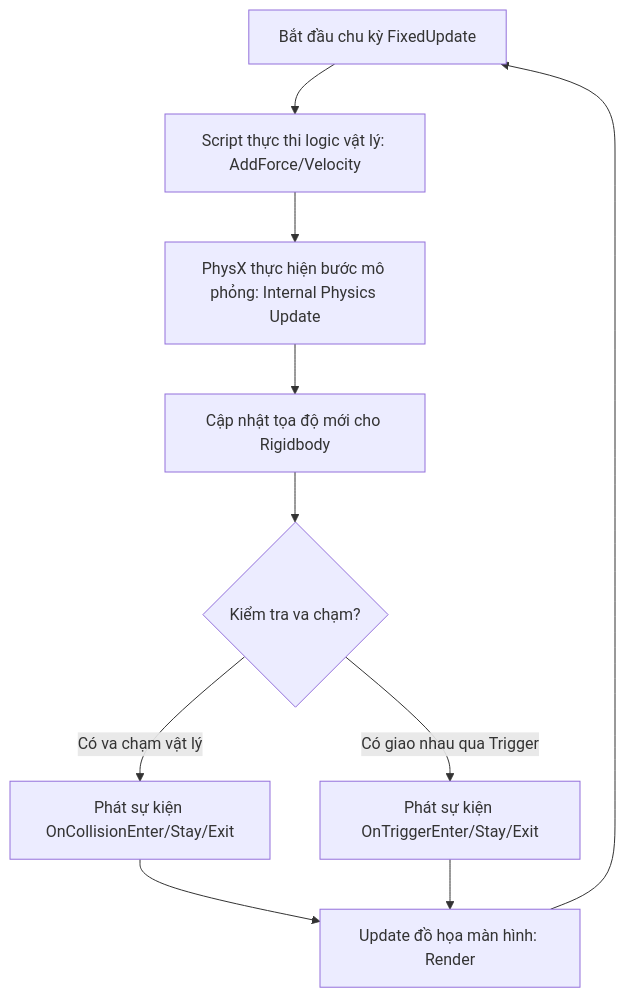
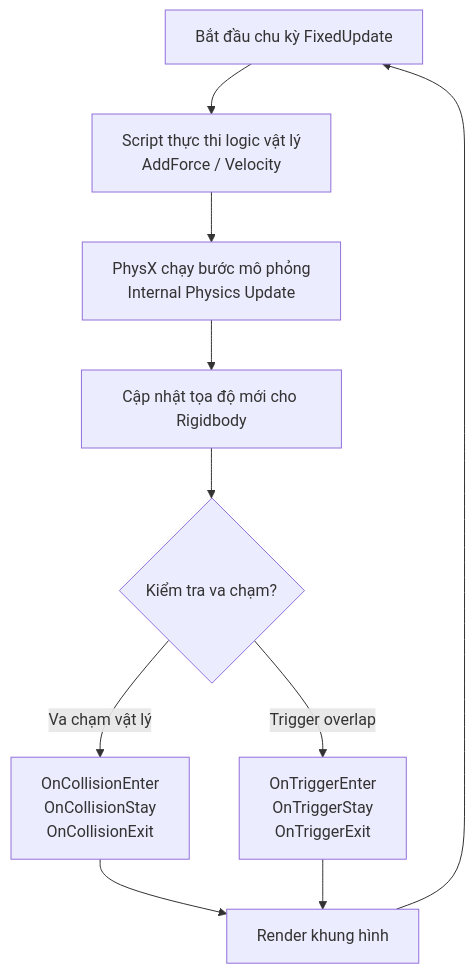
One commit to bugkodc/Road_Map_GameDev changed the diagram in Doc/03-Unity/01-Manual/14-Physics/00-physics-overview.md. Above: the diagram before and after it, drawn with Mermaid. The commit also changed 31 other files, not shown here.

Commit message:
Standardize roadmap diagrams with Mermaid

````diff
--- a/Doc/03-Unity/01-Manual/14-Physics/00-physics-overview.md
+++ b/Doc/03-Unity/01-Manual/14-Physics/00-physics-overview.md
@@ -64,14 +64,14 @@
 ```mermaid
-graph TD
-    A[Bắt đầu chu kỳ FixedUpdate] --> B[Script thực thi logic vật lý: AddForce/Velocity]
-    B --> C[PhysX thực hiện bước mô phỏng: Internal Physics Update]
-    C --> D[Cập nhật tọa độ mới cho Rigidbody]
-    D --> E{Kiểm tra va chạm?}
-    
-    E -->|Có va chạm vật lý| F[Phát sự kiện OnCollisionEnter/Stay/Exit]
-    E -->|Có giao nhau qua Trigger| G[Phát sự kiện OnTriggerEnter/Stay/Exit]
-    
-    F --> H[Update đồ họa màn hình: Render]
-    G --> H
-    H --> A
+flowchart TD
+  A["Bắt đầu chu kỳ FixedUpdate"] --> B["Script thực thi logic vật lý<br/>AddForce / Velocity"]
+  B --> C["PhysX chạy bước mô phỏng<br/>Internal Physics Update"]
+  C --> D["Cập nhật tọa độ mới cho Rigidbody"]
+  D --> E{"Kiểm tra va chạm?"}
+
+  E -- "Va chạm vật lý" --> F["OnCollisionEnter<br/>OnCollisionStay<br/>OnCollisionExit"]
+  E -- "Trigger overlap" --> G["OnTriggerEnter<br/>OnTriggerStay<br/>OnTriggerExit"]
+
+  F --> H["Render khung hình"]
+  G --> H
+  H --> A
 ```
````
